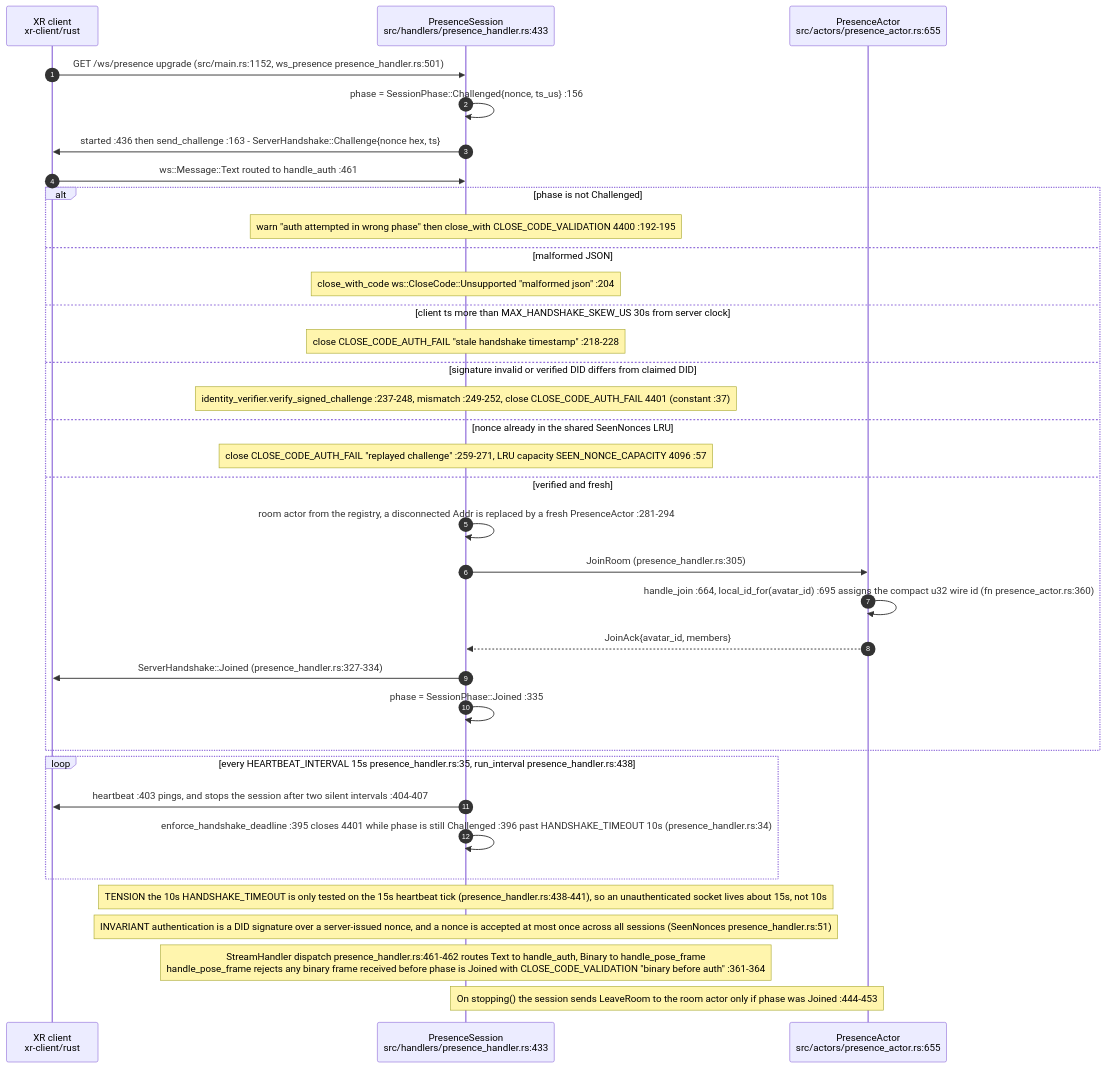
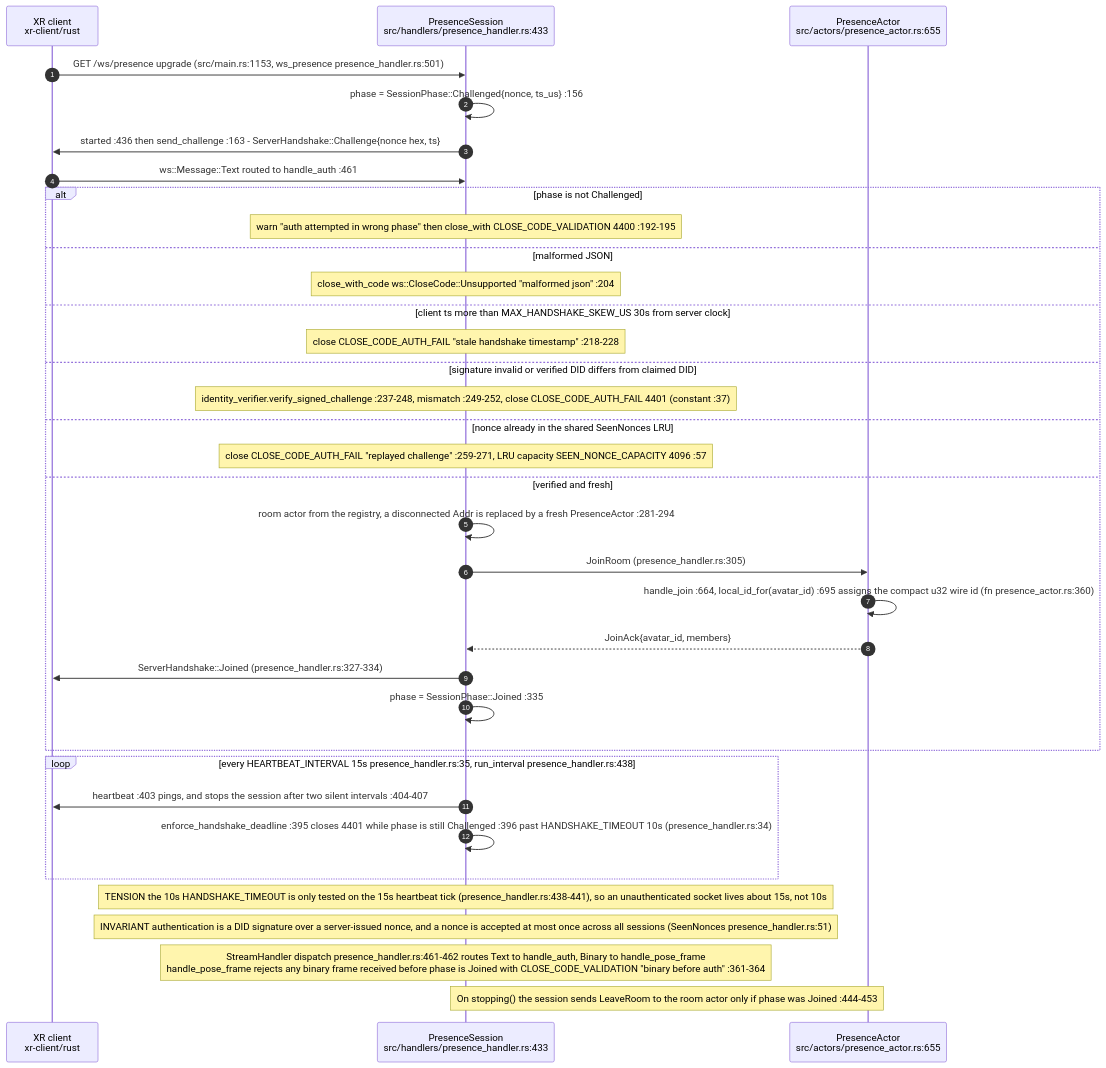
One commit to DreamLab-AI/VisionFlow changed the first of 4 diagrams in docs/diagrams/visionclaw/17-xr-presence-crate.md. Above: the diagram before and after it, drawn with Mermaid. The commit also changed other lines of this file and 154 other files, not shown here.

First line of the commit message:
docs(diagrams): re-stamp 154 topics whose every citation still reads the same text at the current heads

````diff
--- a/docs/diagrams/visionclaw/17-xr-presence-crate.md
+++ b/docs/diagrams/visionclaw/17-xr-presence-crate.md
@@ -30,38 +30,38 @@
 ```mermaid
 sequenceDiagram
     autonumber
     participant C as XR client<br/>xr-client/rust
     participant PS as PresenceSession<br/>src/handlers/presence_handler.rs:433
     participant PA as PresenceActor<br/>src/actors/presence_actor.rs:655
 
-    C->>PS: GET /ws/presence upgrade (src/main.rs:1152, ws_presence presence_handler.rs:501)
+    C->>PS: GET /ws/presence upgrade (src/main.rs:1153, ws_presence presence_handler.rs:501)
     PS->>PS: phase = SessionPhase::Challenged{nonce, ts_us} :156
     PS->>C: started :436 then send_challenge :163 - ServerHandshake::Challenge{nonce hex, ts}
     C->>PS: ws::Message::Text routed to handle_auth :461
     alt phase is not Challenged
         Note over PS: warn "auth attempted in wrong phase" then close_with CLOSE_CODE_VALIDATION 4400 :192-195
     else malformed JSON
         Note over PS: close_with_code ws::CloseCode::Unsupported "malformed json" :204
     else client ts more than MAX_HANDSHAKE_SKEW_US 30s from server clock
         Note over PS: close CLOSE_CODE_AUTH_FAIL "stale handshake timestamp" :218-228
     else signature invalid or verified DID differs from claimed DID
         Note over PS: identity_verifier.verify_signed_challenge :237-248, mismatch :249-252, close CLOSE_CODE_AUTH_FAIL 4401 (constant :37)
     else nonce already in the shared SeenNonces LRU
         Note over PS: close CLOSE_CODE_AUTH_FAIL "replayed challenge" :259-271, LRU capacity SEEN_NONCE_CAPACITY 4096 :57
     else verified and fresh
         PS->>PS: room actor from the registry, a disconnected Addr is replaced by a fresh PresenceActor :281-294
         PS->>PA: JoinRoom (presence_handler.rs:305)
         PA->>PA: handle_join :664, local_id_for(avatar_id) :695 assigns the compact u32 wire id (fn presence_actor.rs:360)
         PA-->>PS: JoinAck{avatar_id, members}
         PS->>C: ServerHandshake::Joined (presence_handler.rs:327-334)
         PS->>PS: phase = SessionPhase::Joined :335
     end
     loop every HEARTBEAT_INTERVAL 15s presence_handler.rs:35, run_interval presence_handler.rs:438
         PS->>C: heartbeat :403 pings, and stops the session after two silent intervals :404-407
         PS->>PS: enforce_handshake_deadline :395 closes 4401 while phase is still Challenged :396 past HANDSHAKE_TIMEOUT 10s (presence_handler.rs:34)
     end
     Note over PS: TENSION the 10s HANDSHAKE_TIMEOUT is only tested on the 15s heartbeat tick (presence_handler.rs:438-441), so an unauthenticated socket lives about 15s, not 10s
     Note over PS: INVARIANT authentication is a DID signature over a server-issued nonce, and a nonce is accepted at most once across all sessions (SeenNonces presence_handler.rs:51)
     Note over PS: StreamHandler dispatch presence_handler.rs:461-462 routes Text to handle_auth, Binary to handle_pose_frame<br/>handle_pose_frame rejects any binary frame received before phase is Joined with CLOSE_CODE_VALIDATION "binary before auth" :361-364
     Note over PS,PA: On stopping() the session sends LeaveRoom to the room actor only if phase was Joined :444-453
 ```
````
